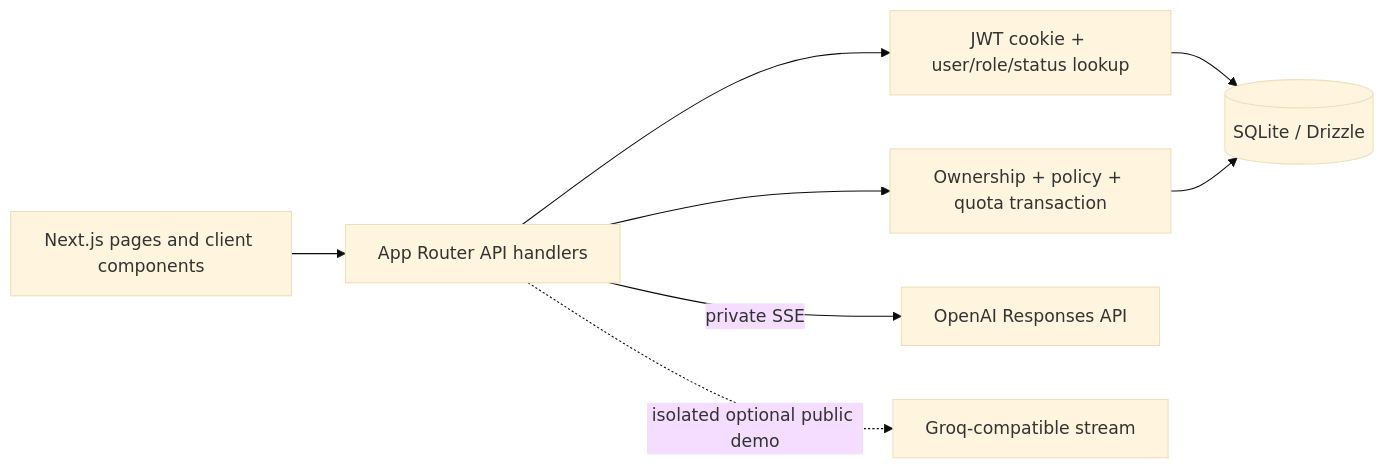
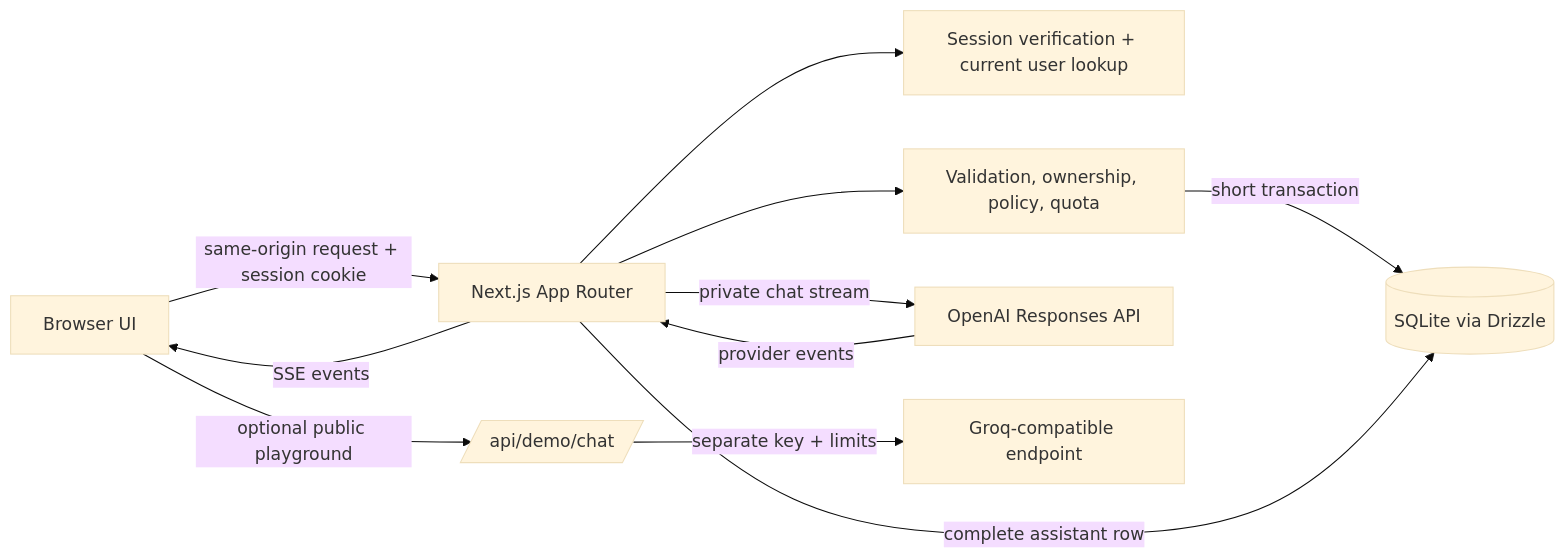
One commit to ansh0eman/aegis-ai changed the diagram in docs/case-study.md. Above: the diagram before and after it, drawn with Mermaid (base theme). The commit also changed other lines of this file and 10 other files, not shown here.

````diff
--- a/docs/case-study.md
+++ b/docs/case-study.md
@@ -31,10 +24,13 @@
 ```mermaid
 flowchart LR
-  UI[Next.js pages and client components] --> Routes[App Router API handlers]
-  Routes --> Identity[JWT cookie + user/role/status lookup]
-  Routes --> Admission[Ownership + policy + quota transaction]
-  Identity --> DB[(SQLite / Drizzle)]
-  Admission --> DB
-  Routes -->|private SSE| OpenAI[OpenAI Responses API]
-  Routes -. isolated optional public demo .-> Groq[Groq-compatible stream]
+  Browser[Browser UI] -->|same-origin request + session cookie| Next[Next.js App Router]
+  Next --> Auth[Session verification + current user lookup]
+  Next --> Admission[Validation, ownership, policy, quota]
+  Admission -->|short transaction| SQLite[(SQLite via Drizzle)]
+  Next -->|private chat stream| OpenAI[OpenAI Responses API]
+  OpenAI -->|provider events| Next
+  Next -->|SSE events| Browser
+  Next -->|complete assistant row| SQLite
+  Browser -->|optional public playground| DemoRoute[/api/demo/chat/]
+  DemoRoute -->|separate key + limits| Groq[Groq-compatible endpoint]
 ```
````
